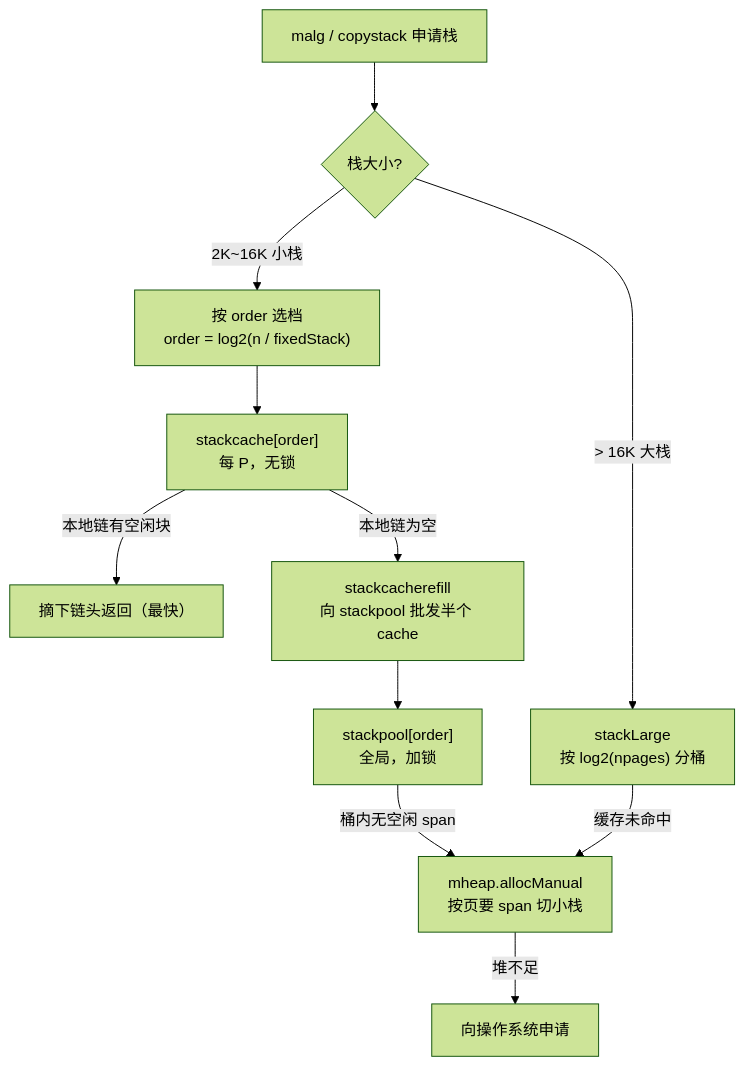
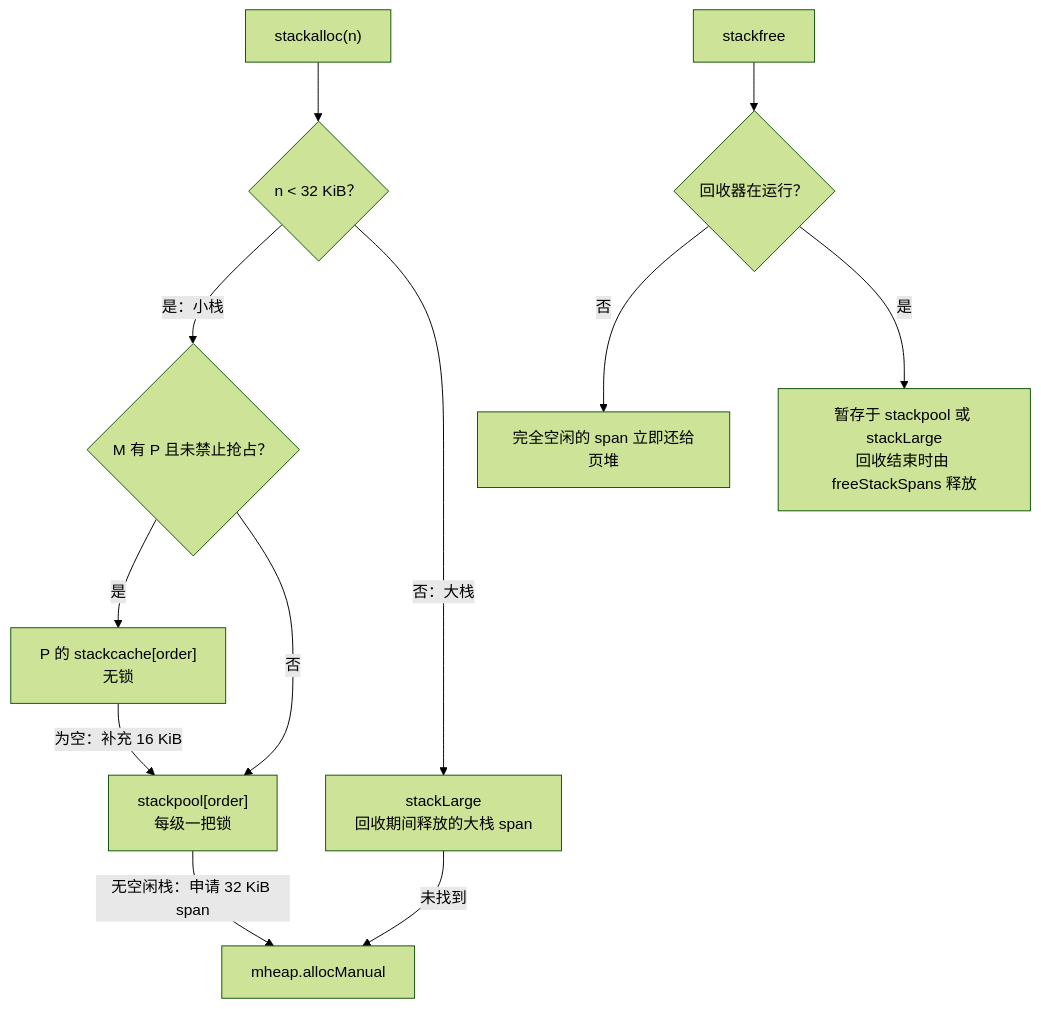
Before and after one commit to golang-design/under-the-hood: the diagram in book/zh-cn/part4memory/ch14stack/alloc.md, drawn with Mermaid (forest theme). The commit also changed other lines of this file and 5 other files, not shown here.

````diff
--- a/book/zh-cn/part4memory/ch14stack/alloc.md
+++ b/book/zh-cn/part4memory/ch14stack/alloc.md
@@ -102,13 +327,14 @@
 ```mermaid
 flowchart TD
-    G["malg / copystack 申请栈"] --> SIZE{"栈大小?"}
-    SIZE -->|"2K~16K 小栈"| ORDER["按 order 选档<br/>order = log2(n / fixedStack)"]
-    SIZE -->|"> 16K 大栈"| LARGE["stackLarge<br/>按 log2(npages) 分桶"]
-    ORDER --> CACHE["stackcache[order]<br/>每 P，无锁"]
-    CACHE -->|"本地链有空闲块"| FAST["摘下链头返回（最快）"]
-    CACHE -->|"本地链为空"| POOL["stackcacherefill<br/>向 stackpool 批发半个 cache"]
-    POOL --> SPOOL["stackpool[order]<br/>全局，加锁"]
-    SPOOL -->|"桶内无空闲 span"| MHEAP["mheap.allocManual<br/>按页要 span 切小栈"]
-    LARGE -->|"缓存未命中"| MHEAP
-    MHEAP -->|"堆不足"| OS["向操作系统申请"]
+    A["stackalloc(n)"] --> B{"n < 32 KiB？"}
+    B -->|"是：小栈"| C{"M 有 P 且未禁止抢占？"}
+    C -->|"是"| D["P 的 stackcache[order]<br/>无锁"]
+    D -->|"为空：补充 16 KiB"| E["stackpool[order]<br/>每级一把锁"]
+    C -->|"否"| E
+    E -->|"无空闲栈：申请 32 KiB span"| H["mheap.allocManual"]
+    B -->|"否：大栈"| F["stackLarge<br/>回收期间释放的大栈 span"]
+    F -->|"未找到"| H
+    R["stackfree"] --> S{"回收器在运行？"}
+    S -->|"否"| T["完全空闲的 span 立即还给页堆"]
+    S -->|"是"| U["暂存于 stackpool 或 stackLarge<br/>回收结束时由 freeStackSpans 释放"]
 ```
````
